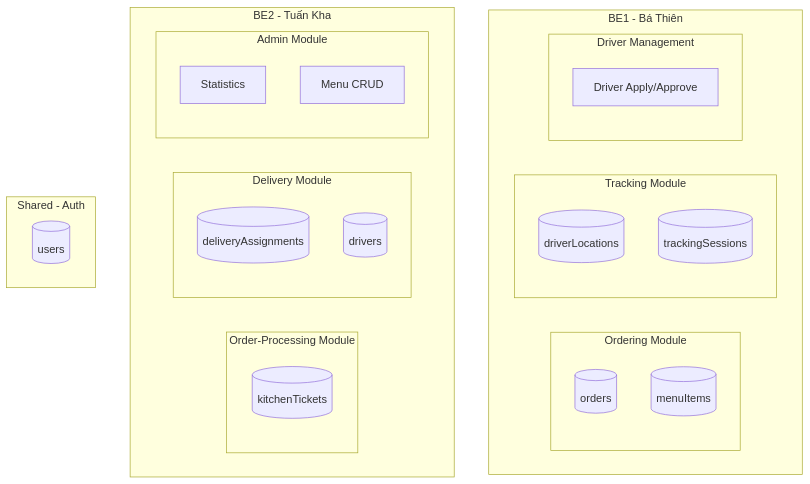
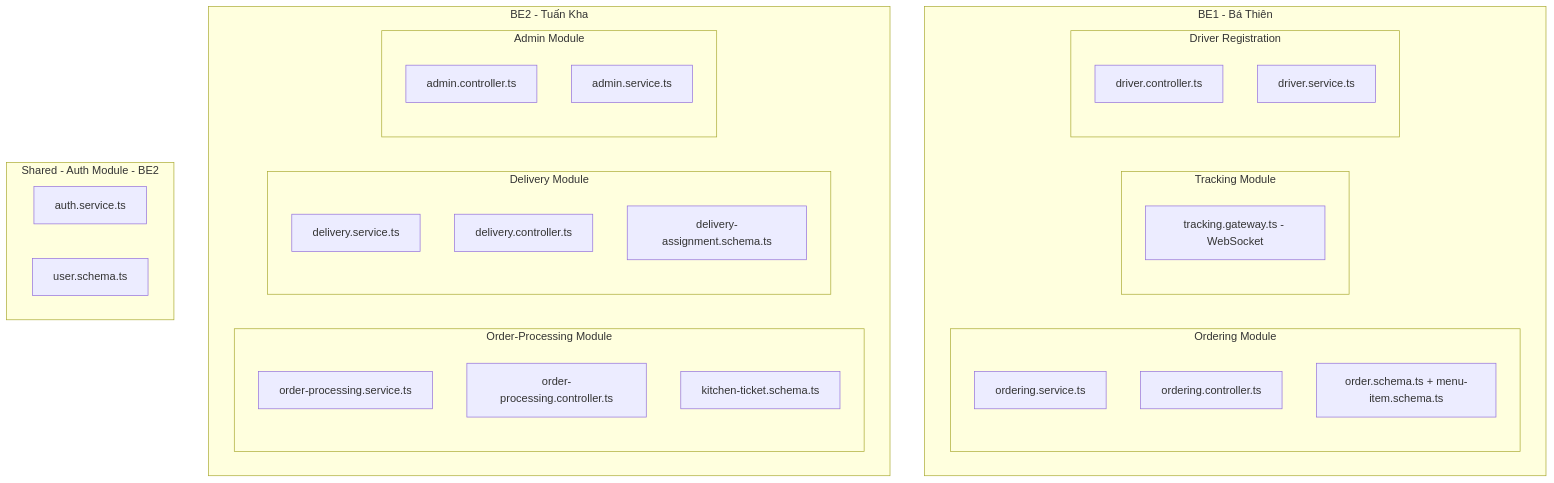
One commit to CrystalJohn/CrystalJohn-Real-Time-Food-Delivery-HuggingVibe changed the third of 4 diagrams in plans/milestone-plan.md. Above: the diagram before and after it, drawn with Mermaid. The commit also changed other lines of this file, not shown here.

````diff
--- a/plans/milestone-plan.md
+++ b/plans/milestone-plan.md
@@ -366,38 +312,43 @@
 ```mermaid
 flowchart TB
     subgraph BE1[BE1 - Bá Thiên]
         subgraph Ordering[Ordering Module]
-            orders[(orders)]
-            menu[(menuItems)]
+            OrdSvc[ordering.service.ts]
+            OrdCtrl[ordering.controller.ts]
+            OrdSchema[order.schema.ts + menu-item.schema.ts]
         end
         
         subgraph Tracking[Tracking Module]
-            locations[(driverLocations)]
-            sessions[(trackingSessions)]
+            TrkGW[tracking.gateway.ts - WebSocket]
         end
         
-        subgraph DriverMgmt[Driver Management]
-            driverApply[Driver Apply/Approve]
+        subgraph DriverMgmt[Driver Registration]
+            DrvCtrl[driver.controller.ts]
+            DrvSvc[driver.service.ts]
         end
     end
     
     subgraph BE2[BE2 - Tuấn Kha]
         subgraph OrderProcessing[Order-Processing Module]
-            tickets[(kitchenTickets)]
+            TickSvc[order-processing.service.ts]
+            TickCtrl[order-processing.controller.ts]
+            TickSchema[kitchen-ticket.schema.ts]
         end
         
         subgraph Delivery[Delivery Module]
-            assignments[(deliveryAssignments)]
-            drivers[(drivers)]
+            DelSvc[delivery.service.ts]
+            DelCtrl[delivery.controller.ts]
+            DelSchema[delivery-assignment.schema.ts]
         end
         
         subgraph Admin[Admin Module]
-            stats[Statistics]
-            menuMgmt[Menu CRUD]
+            AdmCtrl[admin.controller.ts]
+            AdmSvc[admin.service.ts]
         end
     end
     
-    subgraph Auth[Shared - Auth]
-        users[(users)]
+    subgraph Auth[Shared - Auth Module - BE2]
+        AuthSvc[auth.service.ts]
+        UserSchema[user.schema.ts]
     end
 ```
````
